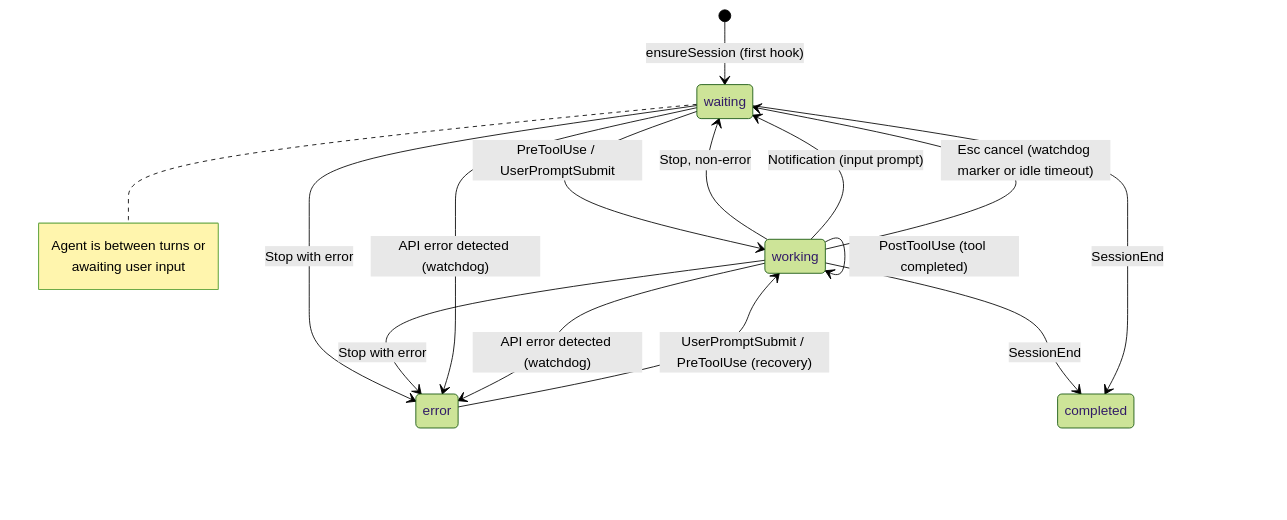
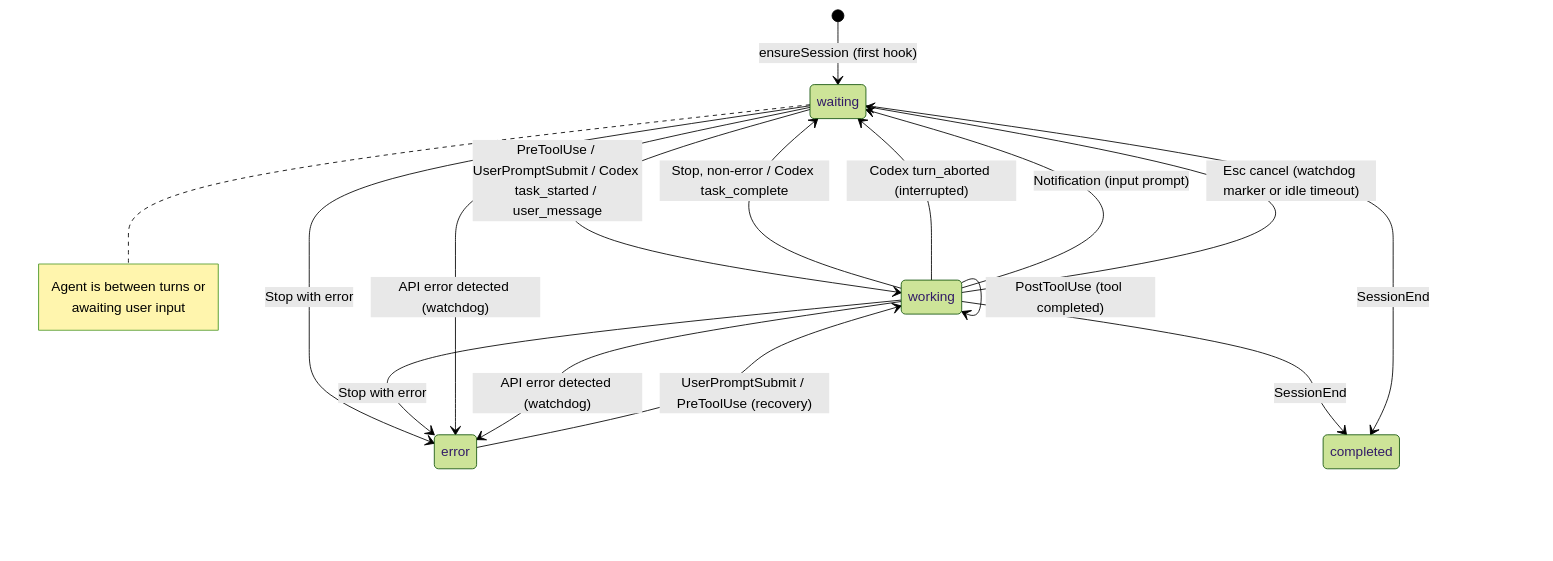
The fourth of 23 diagrams in README-KO.md (CorentinPa/Claude-Code-Agent-Monitor), drawn with Mermaid (forest theme) before and after one commit. The commit also changed other lines of this file and 19 other files, not shown here.

````diff
--- a/README-KO.md
+++ b/README-KO.md
@@ -535,21 +537,22 @@
 ```mermaid
 stateDiagram-v2
     [*] --> waiting: ensureSession (first hook)
-    waiting --> working: PreToolUse / UserPromptSubmit
+    waiting --> working: PreToolUse / UserPromptSubmit / Codex task_started / user_message
     working --> working: PostToolUse (tool completed)
-    working --> waiting: Stop, non-error
+    working --> waiting: Stop, non-error / Codex task_complete
+    working --> waiting: Codex turn_aborted (interrupted)
     working --> waiting: Notification (input prompt)
     working --> waiting: Esc cancel (watchdog marker or idle timeout)
     waiting --> error: Stop with error
     working --> error: Stop with error
     waiting --> error: API error detected (watchdog)
     working --> error: API error detected (watchdog)
     error --> working: UserPromptSubmit / PreToolUse (recovery)
     working --> completed: SessionEnd
     waiting --> completed: SessionEnd
 
     note right of waiting
         Agent is between turns or
         awaiting user input
     end note
 ```
````
